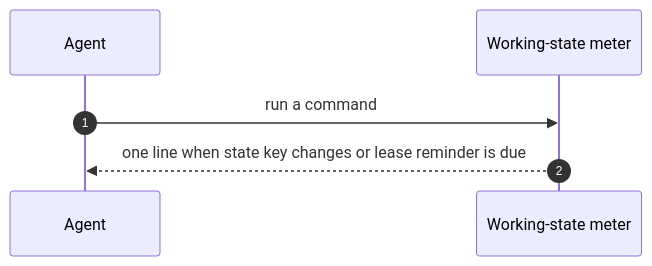
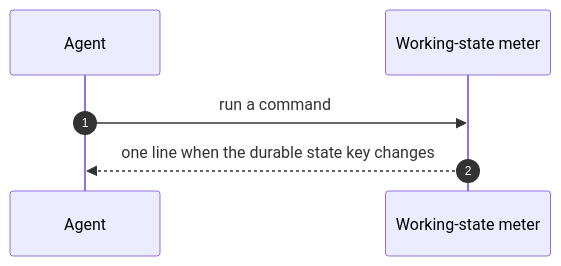
Diagram 11 of 11 in docs/product/planes/session.md (infimalabs/spice-rust), drawn with Mermaid before and after one commit. The commit also changed other lines of this file and 6 other files, not shown here.

````diff
--- a/docs/product/planes/session.md
+++ b/docs/product/planes/session.md
@@ -439,9 +443,9 @@
 ```mermaid
 sequenceDiagram
   autonumber
   participant AG as Agent
   participant MT as Working-state meter
 
   AG->>MT: run a command
-  MT-->>AG: one line when state key changes or lease reminder is due
+  MT-->>AG: one line when the durable state key changes
 ```
````
